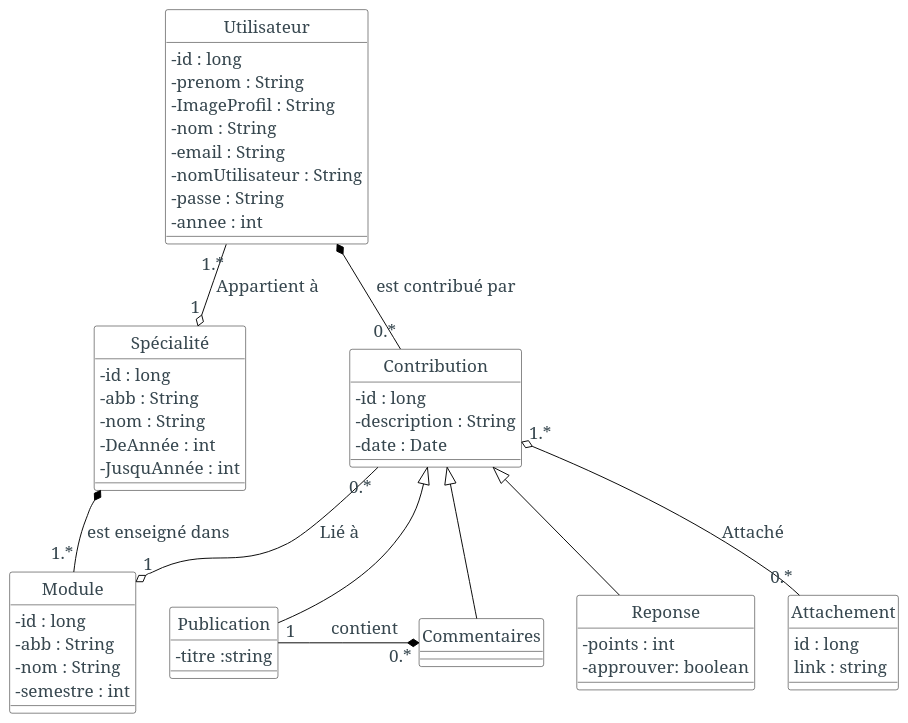
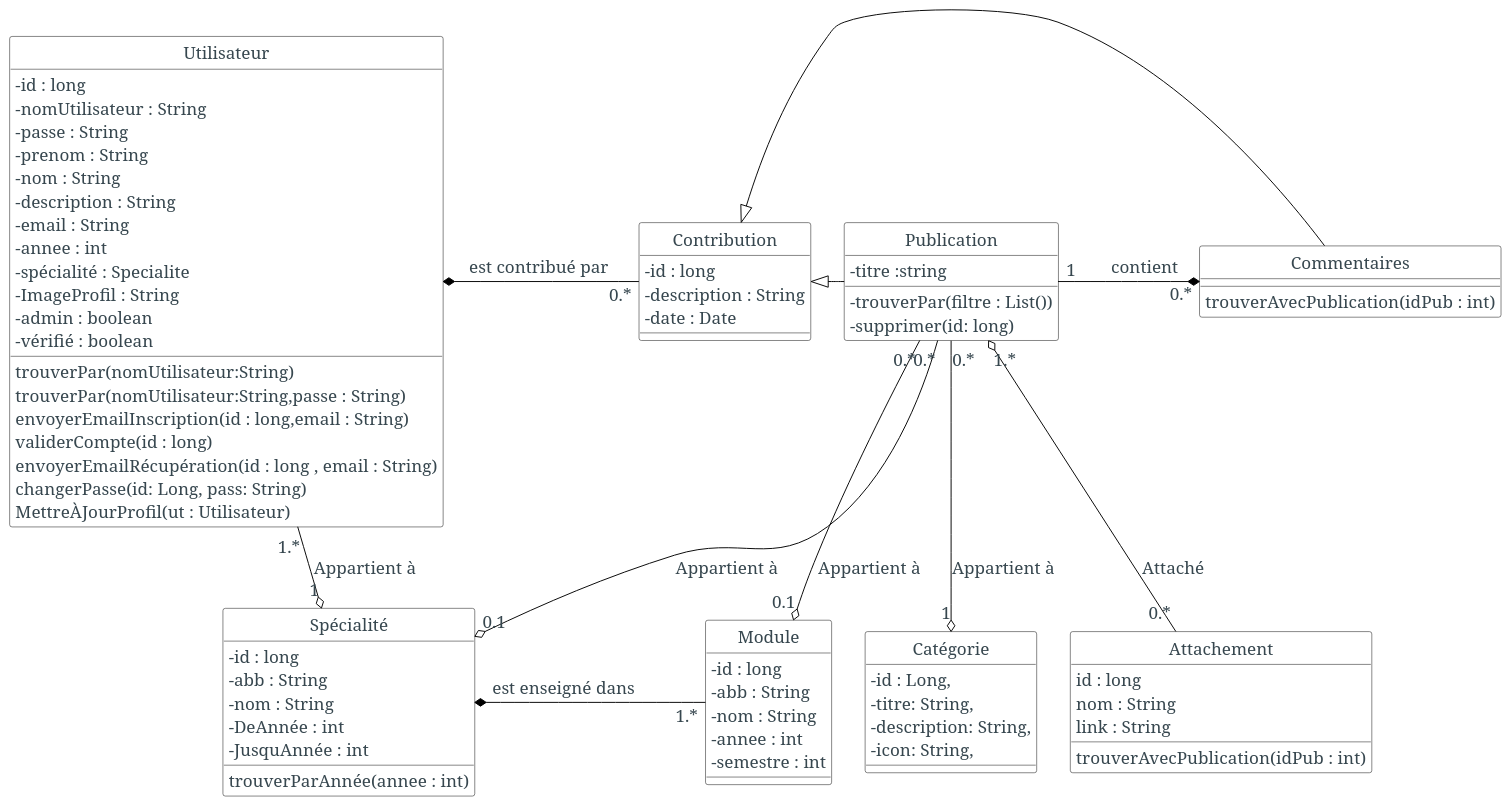
Before and after one commit to assimhabeek/memoire: the diagram in diagrammes/src/class.puml, drawn with PlantUML. The commit also changed 10 other files, not shown here.

```diff
--- a/diagrammes/src/class.puml
+++ b/diagrammes/src/class.puml
@@ -1,74 +1,99 @@
 @startuml
 skinparam backgroundColor #fff
 skinparam defaultFontColor #37474f
 skinparam defaultFontSize 18
 skinparam defaultFontName serif
 skinparam defaultFontStyle normal
 skinparam classAttributeIconSize 0
 skinparam classBackgroundColor #fff
 skinparam classBorderColor #000
 skinparam classArrowColor #000
 
 hide class circle
 
 class "Spécialité" as specialty{
 -id : long
 -abb : String
 -nom : String
 -DeAnnée : int
 -JusquAnnée : int
+trouverParAnnée(annee : int)
 }
+
 class "Module" as module{
 -id : long
 -abb : String
 -nom : String
+-annee : int
 -semestre : int
 }
 
 class  "Utilisateur"  as user{
 -id : long
--prenom : String
--ImageProfil : String
--nom : String
--email : String
 -nomUtilisateur : String
 -passe : String
+-prenom : String
+-nom : String
+-description : String
+-email : String
 -annee : int
+-spécialité : Specialite
+-ImageProfil : String
+-admin : boolean
+-vérifié : boolean
+
+trouverPar(nomUtilisateur:String)
+trouverPar(nomUtilisateur:String,passe : String)
+envoyerEmailInscription(id : long,email : String)
+validerCompte(id : long)
+envoyerEmailRécupération(id : long , email : String)
+changerPasse(id: Long, pass: String)
+MettreÀJourProfil(ut : Utilisateur)
 }
 
 
 
 class "Contribution" as contribution {
 -id : long
 -description : String
 -date : Date
 }
 
 class "Publication" as post{
 -titre :string
+-trouverPar(filtre : List())
+-supprimer(id: long)
 }
 
-class "Commentaires" as comments
+class "Catégorie" as category{
+  -id : Long,
+  -titre: String,
+  -description: String,
+  -icon: String,
+}
 
-class "Reponse" as response{
--points : int
--approuver: boolean
+class "Commentaires" as comments {
+ trouverAvecPublication(idPub : int)
 }
+
 
 class "Attachement" as media{
 id : long
-link : string
+nom : String
+link : String
+trouverAvecPublication(idPub : int)
 }
 
-specialty  *-- "1.*" module : "est enseigné dans            "
-user  *-- "0.*" contribution : "  est contribué par   "
+user  *-right- "0.*" contribution : "  est contribué par   "
 user  "1.*" --o "1" specialty : "Appartient à"
-contribution  "0.*" --o "1" module : "Lié à     "
+specialty  *- "1.*" module : "est enseigné dans            "
+post  "0.*" --o "0.1" module : "Appartient à     "
+post  "0.*" --o "0.1" specialty : "Appartient à     "
+post  "0.*" --o "1" category : "Appartient à     "
 
 
-contribution "1.*" o-- "0.*" media : "Attaché"
-contribution <|-- post
-contribution <|-- comments
-contribution <|-- response
+post "1.*" o-- "0.*" media : "Attaché"
+contribution <|- post
+contribution <|- comments
 post "1" -* "0.*" comments : \tcontient\t
 @enduml
```
